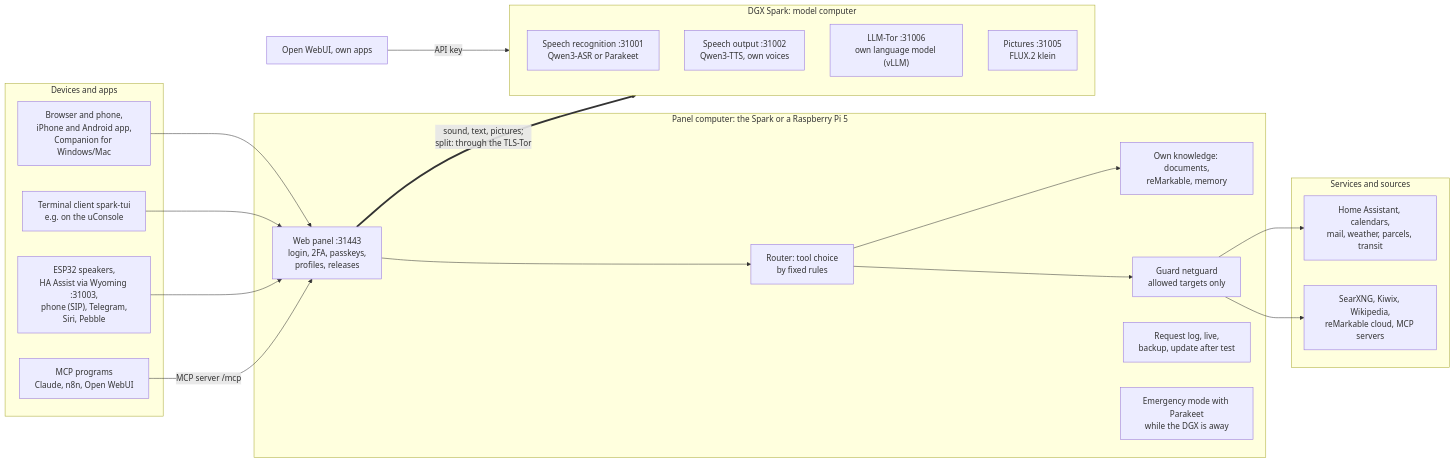
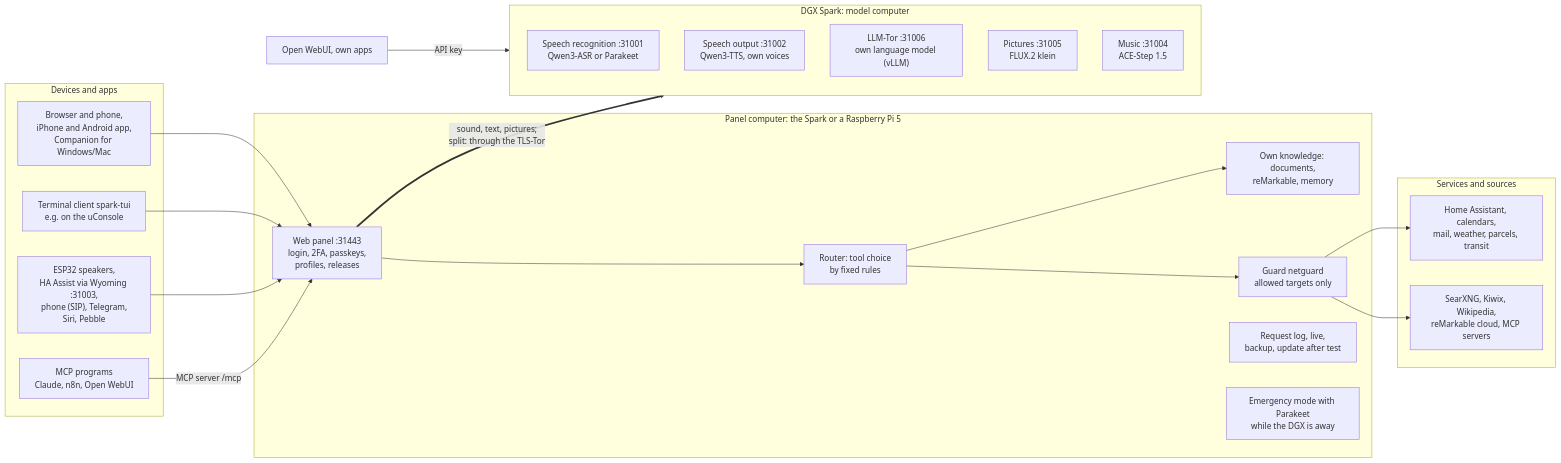
Before and after one commit to db9979/speech-on-dgx-spark: the diagram in README.md, drawn with Mermaid. The commit also changed other lines of this file and 46 other files, not shown here.

First line of the commit message:
V01.0.670 Musik machen, Stufe M0: ACE-Step 1.5 auf dem Spark, der Admin misst mit „Musik testen“

````diff
--- a/README.md
+++ b/README.md
@@ -58,39 +58,40 @@
 ```mermaid
 flowchart LR
   subgraph Clients["Devices and apps"]
     B["Browser and phone,<br/>iPhone and Android app,<br/>Companion for Windows/Mac"]
     T["Terminal client spark-tui<br/>e.g. on the uConsole"]
     X["ESP32 speakers,<br/>HA Assist via Wyoming :31003,<br/>phone (SIP), Telegram,<br/>Siri, Pebble"]
     M["MCP programs<br/>Claude, n8n, Open WebUI"]
   end
   subgraph Panel["Panel computer: the Spark or a Raspberry Pi 5"]
     G["Web panel :31443<br/>login, 2FA, passkeys,<br/>profiles, releases"]
     R["Router: tool choice<br/>by fixed rules"]
     K["Own knowledge: documents,<br/>reMarkable, memory"]
     S["Guard netguard<br/>allowed targets only"]
     LOG["Request log, live,<br/>backup, update after test"]
     NB["Emergency mode with Parakeet<br/>while the DGX is away"]
   end
   subgraph Spark["DGX Spark: model computer"]
     ASR["Speech recognition :31001<br/>Qwen3-ASR or Parakeet"]
     TTS["Speech output :31002<br/>Qwen3-TTS, own voices"]
     LLM["LLM-Tor :31006<br/>own language model (vLLM)"]
     IMG["Pictures :31005<br/>FLUX.2 klein"]
+    MUS["Music :31004<br/>ACE-Step 1.5"]
   end
   subgraph Out["Services and sources"]
     E["Home Assistant, calendars,<br/>mail, weather, parcels, transit"]
     Q["SearXNG, Kiwix, Wikipedia,<br/>reMarkable cloud, MCP servers"]
   end
   A["Open WebUI, own apps"]
   B --> G
   T --> G
   X --> G
   M -->|"MCP server /mcp"| G
   G --> R
   R --> K
   R --> S
   S --> E
   S --> Q
   G ==>|"sound, text, pictures;<br/>split: through the TLS-Tor"| Spark
   A -->|"API key"| Spark
 ```
````
